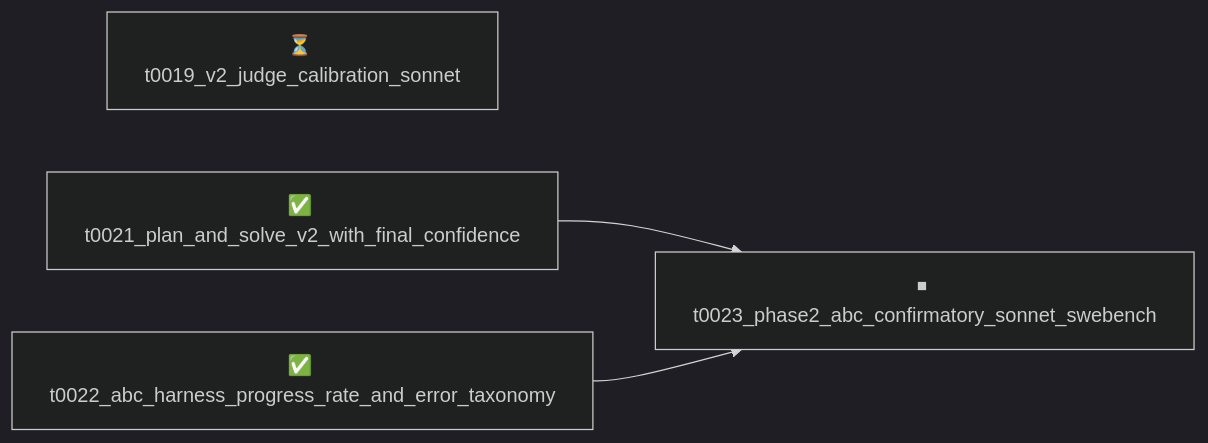
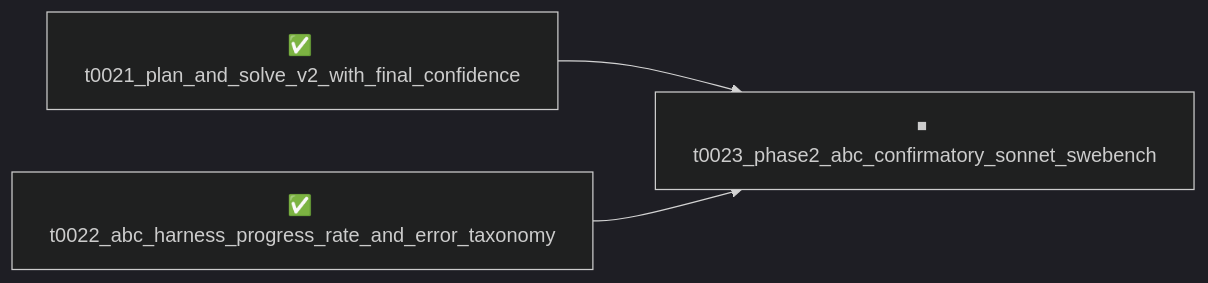
The diagram in overview/tasks/README.md (omniscale-ai/reasoning-scale2), drawn with Mermaid (dark theme) before and after one commit. The commit also changed other lines of this file and 44 other files, not shown here.

Commit message:
overview: refresh after t0019_v2_judge_calibration_sonnet

````diff
--- a/overview/tasks/README.md
+++ b/overview/tasks/README.md
@@ -13,10 +12,9 @@
 ```mermaid
 graph LR
-    t0019_v2_judge_calibration_sonnet["⏳ t0019_v2_judge_calibration_sonnet"]
     t0021_plan_and_solve_v2_with_final_confidence["✅ t0021_plan_and_solve_v2_with_final_confidence"]
     t0022_abc_harness_progress_rate_and_error_taxonomy["✅ t0022_abc_harness_progress_rate_and_error_taxonomy"]
     t0023_phase2_abc_confirmatory_sonnet_swebench["⏹ t0023_phase2_abc_confirmatory_sonnet_swebench"]
 
     t0021_plan_and_solve_v2_with_final_confidence --> t0023_phase2_abc_confirmatory_sonnet_swebench
     t0022_abc_harness_progress_rate_and_error_taxonomy --> t0023_phase2_abc_confirmatory_sonnet_swebench
 ```
````
